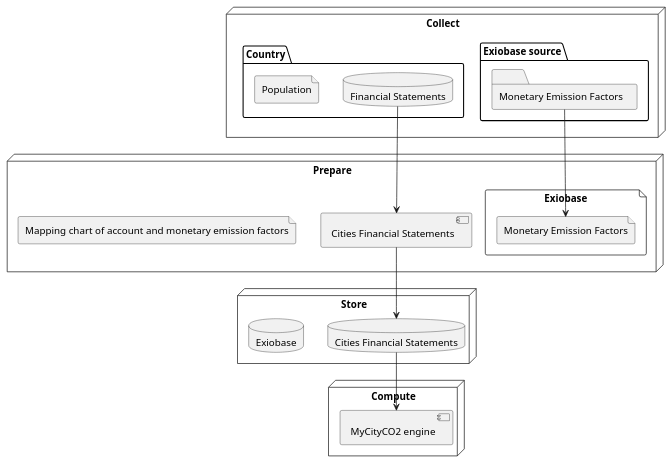
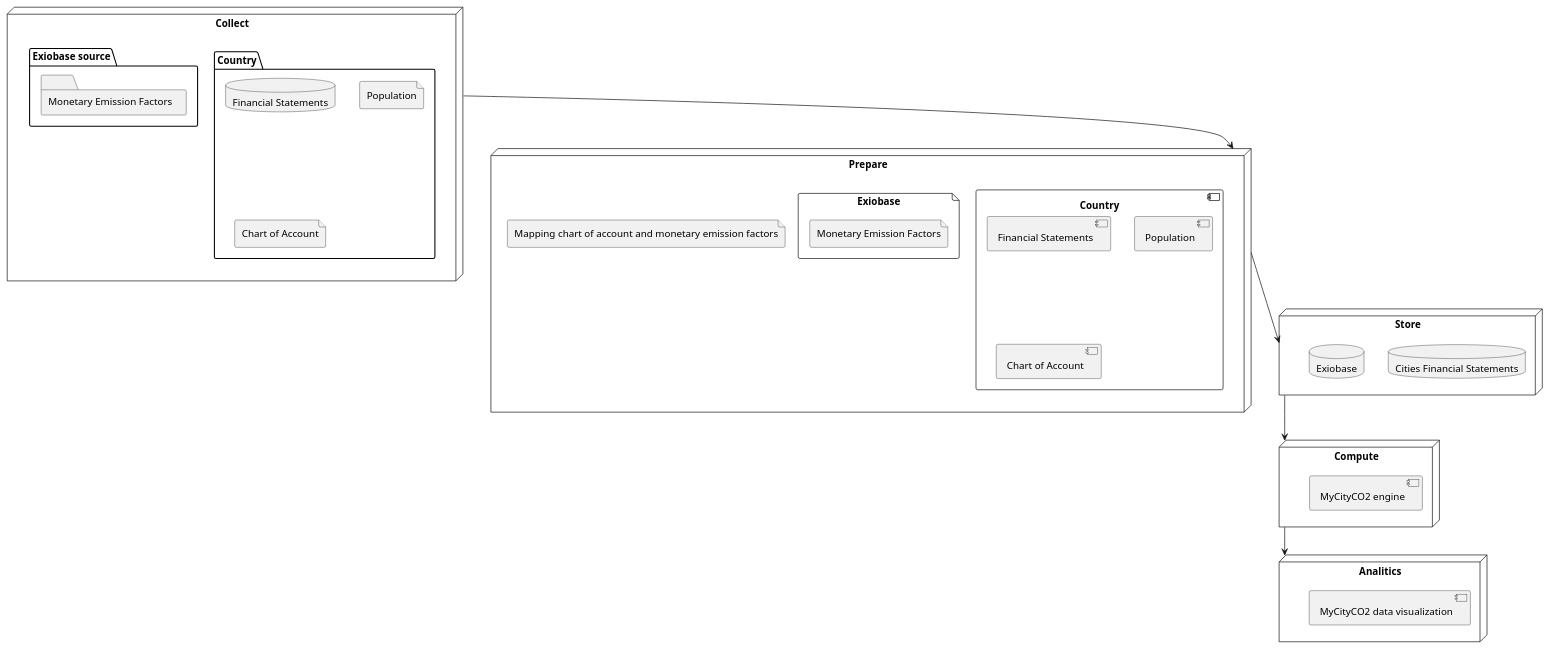
Before and after one commit to MyCityCO2/mycityco2-data: the diagram in datasets/data_pipeline_architecture.puml, drawn with PlantUML. The commit also changed 2 other files, not shown here.

Commit message:
Finance pipeline diagram

```diff
--- a/datasets/data_pipeline_architecture.puml
+++ b/datasets/data_pipeline_architecture.puml
@@ -1,38 +1,50 @@
 @startuml Data Pipeline Architecture
 
     
 
     node "Collect" as pip_collect{
+        package "Country" as coll_country{
+            database "Financial Statements" as coll_finance
+            file "Population" as coll_population
+            file "Chart of Account" as coll_chart
+
+        }
         package "Exiobase source" {
             folder "Monetary Emission Factors" as coll_exiobase   
-        }
-        package "Country" {
-            database "Financial Statements" as coll_finance
-            file "Population" as coll_population
-
         }
     }
 
     node "Prepare" as pip_prepare{
-        component "Cities Financial Statements" as prep_finance
+        component "Country" as prep_country{
+            component "Financial Statements" as prep_finance
+            component "Population" as prep_population
+            component "Chart of Account" as prep_coa
+        }
         file "Exiobase"{
             file "Monetary Emission Factors" as prep_exiobase
         }
         file "Mapping chart of account and monetary emission factors" as mapping
     }
     
     node "Store" as pip_store{
         database "Cities Financial Statements" as store_finance
         database "Exiobase" as store_exiobase
     }
 
     node "Compute" as pip_compute{
         component "MyCityCO2 engine" as compute_engine
     }
 
-    coll_finance --> prep_finance
-    prep_finance --> store_finance
-    store_finance --> compute_engine
+    node "Analitics" as pip_analytics{
+        component "MyCityCO2 data visualization" as analyzer_engine
+    }
 
-    coll_exiobase --> prep_exiobase
+    pip_collect --> pip_prepare
+
+    pip_prepare --> pip_store
+
+    pip_store --> pip_compute
+    
+    pip_compute --> pip_analytics
+
 @enduml
```
